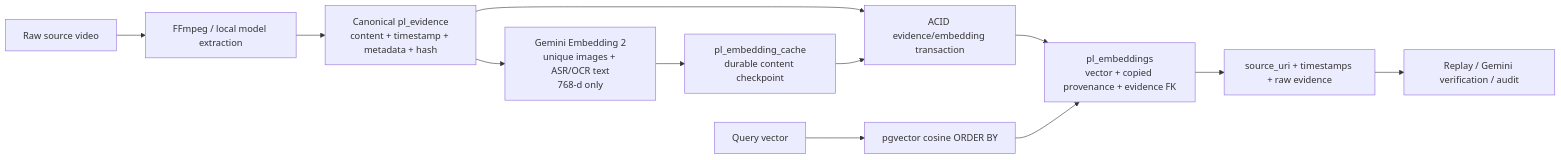
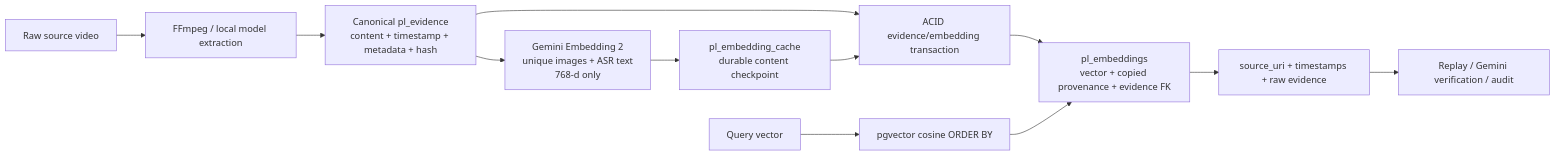
One commit to giaphoang/PatrolLens changed the second of 9 diagrams in SYSTEM_DESIGN.md. Above: the diagram before and after it, drawn with Mermaid. The commit also changed other lines of this file and 20 other files, not shown here.

````diff
--- a/SYSTEM_DESIGN.md
+++ b/SYSTEM_DESIGN.md
@@ -68,14 +68,14 @@
 ```mermaid
 flowchart LR
     R["Raw source video"] --> X["FFmpeg / local model extraction"]
     X --> E["Canonical pl_evidence\ncontent + timestamp + metadata + hash"]
-    E --> G["Gemini Embedding 2\nunique images + ASR/OCR text\n768-d only"]
+    E --> G["Gemini Embedding 2\nunique images + ASR text\n768-d only"]
     G --> C["pl_embedding_cache\ndurable content checkpoint"]
     E --> T["ACID evidence/embedding transaction"]
     C --> T
     T --> V["pl_embeddings\nvector + copied provenance + evidence FK"]
     Q["Query vector"] --> S["pgvector cosine ORDER BY"]
     S --> V
     V --> P["source_uri + timestamps + raw evidence"]
     P --> A["Replay / Gemini verification / audit"]
 ```
````
